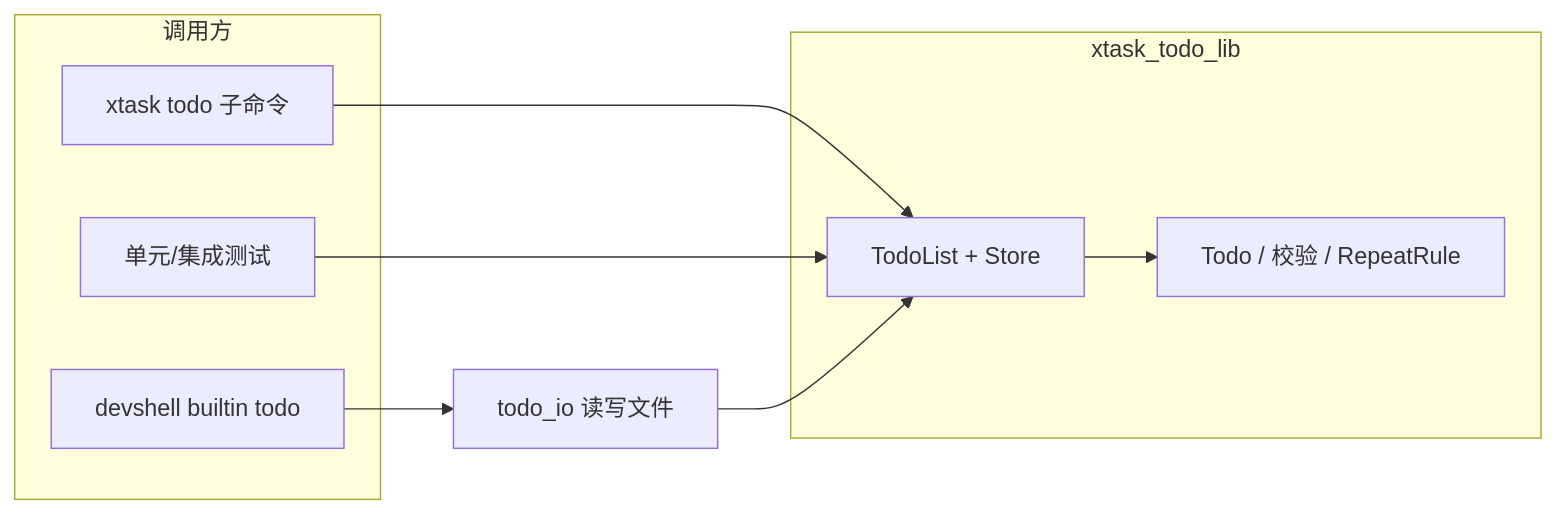
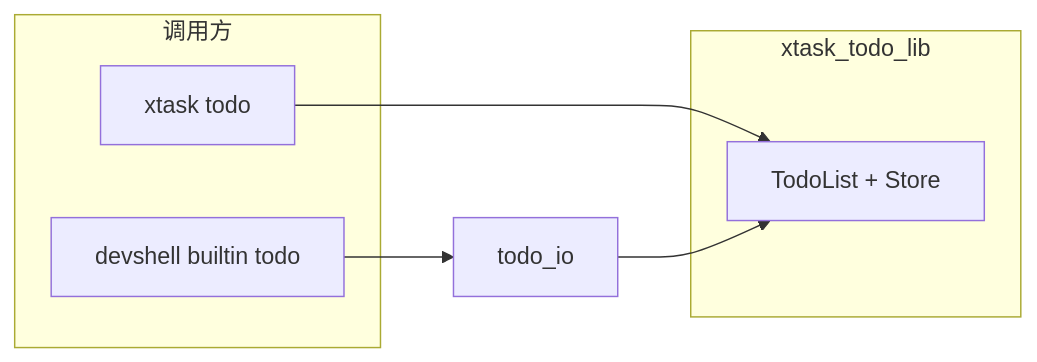
The first of 3 diagrams in docs/design.md (TangCan/xtask_todo), drawn with Mermaid before and after one commit. The commit also changed other lines of this file and 37 other files, not shown here.

````diff
--- a/docs/design.md
+++ b/docs/design.md
@@ -103,17 +105,12 @@
 ```mermaid
 flowchart LR
     subgraph Callers["调用方"]
-        XtaskTodo[xtask todo 子命令]
-        Tests[单元/集成测试]
+        XtaskTodo[xtask todo]
         DevshellTodo[devshell builtin todo]
     end
     subgraph Lib["xtask_todo_lib"]
         TL[TodoList + Store]
-        Dom[Todo / 校验 / RepeatRule]
     end
     XtaskTodo --> TL
-    Tests --> TL
-    DevshellTodo --> todo_io[todo_io 读写文件]
-    todo_io --> TL
-    TL --> Dom
+    DevshellTodo --> todo_io[todo_io] --> TL
 ```
````
